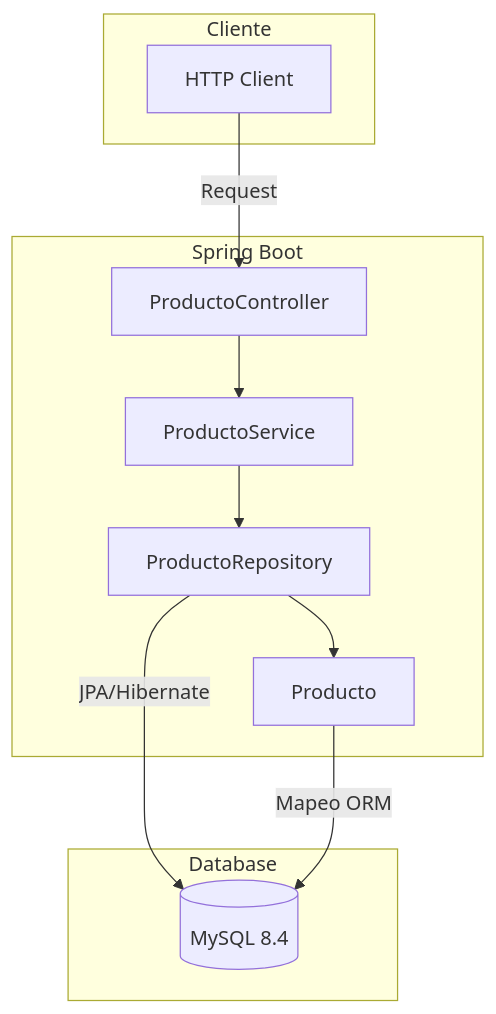
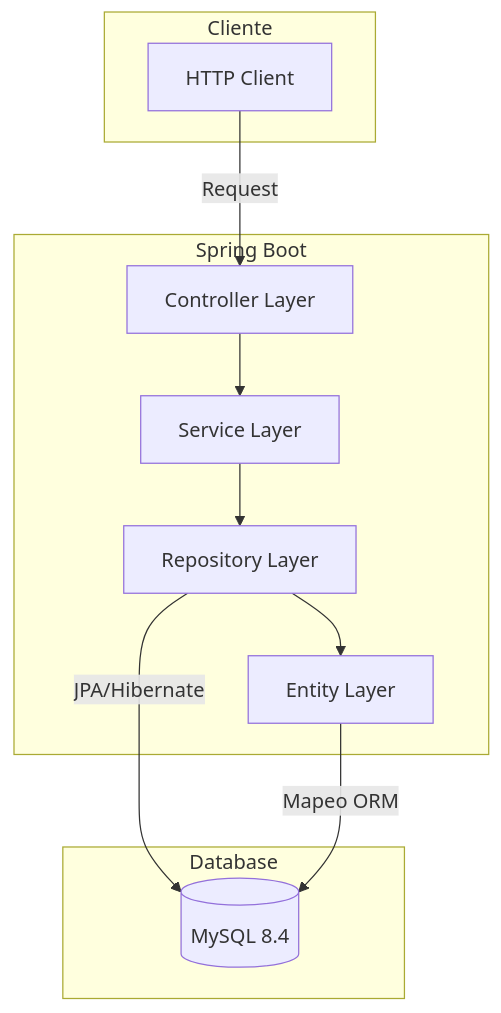
Before and after one commit to brigitterodriguezp/productos-spring: the first of 3 diagrams in README.md, drawn with Mermaid. The commit also changed other lines of this file and 11 other files, not shown here.

````diff
--- a/README.md
+++ b/README.md
@@ -42,24 +41,24 @@
 ```mermaid
 graph TD
     subgraph Cliente
         HTTP[HTTP Client]
     end
 
     subgraph Spring Boot
-        Controller[ProductoController]
-        Service[ProductoService]
-        Repository[ProductoRepository]
-        Entity[Producto]
+        Controller[Controller Layer]
+        Service[Service Layer]
+        Repository[Repository Layer]
+        Entity[Entity Layer]
     end
 
     subgraph Database
         MySQL[(MySQL 8.4)]
     end
 
     HTTP -->|Request| Controller
     Controller --> Service
     Service --> Repository
     Repository -->|JPA/Hibernate| MySQL
     Repository --> Entity
     Entity -->|Mapeo ORM| MySQL
 ```
````
